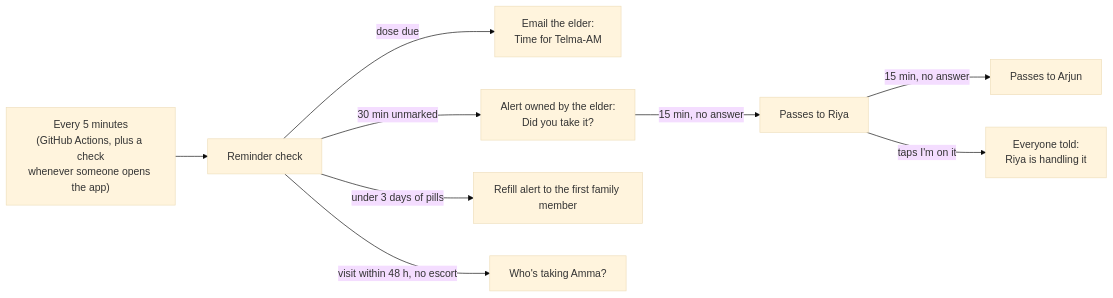
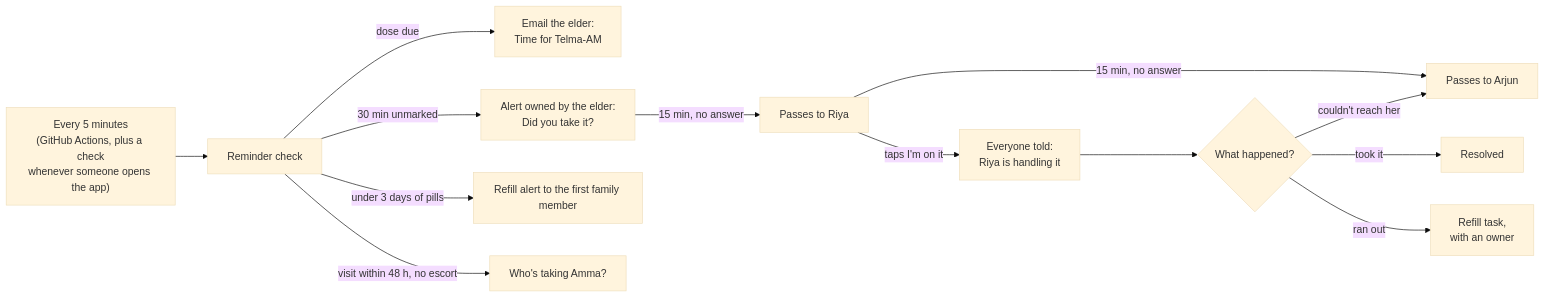
The diagram in README.md (Priyanshu-senapati/Dor), drawn with Mermaid (base theme) before and after one commit. The commit also changed other lines of this file and 2 other files, not shown here.

````diff
--- a/README.md
+++ b/README.md
@@ -153,11 +194,15 @@
 ```mermaid
 flowchart LR
     T["Every 5 minutes<br/>(GitHub Actions, plus a check<br/>whenever someone opens the app)"] --> K[Reminder check]
     K -->|dose due| R["Email the elder:<br/>Time for Telma-AM"]
     K -->|30 min unmarked| A["Alert owned by the elder:<br/>Did you take it?"]
     A -->|15 min, no answer| B["Passes to Riya"]
     B -->|15 min, no answer| C["Passes to Arjun"]
     B -->|taps I'm on it| D["Everyone told:<br/>Riya is handling it"]
+    D --> W{"What happened?"}
+    W -->|took it| X[Resolved]
+    W -->|ran out| Y["Refill task,<br/>with an owner"]
+    W -->|couldn't reach her| C
     K -->|under 3 days of pills| E["Refill alert to the first family member"]
     K -->|visit within 48 h, no escort| F["Who's taking Amma?"]
 ```
````
